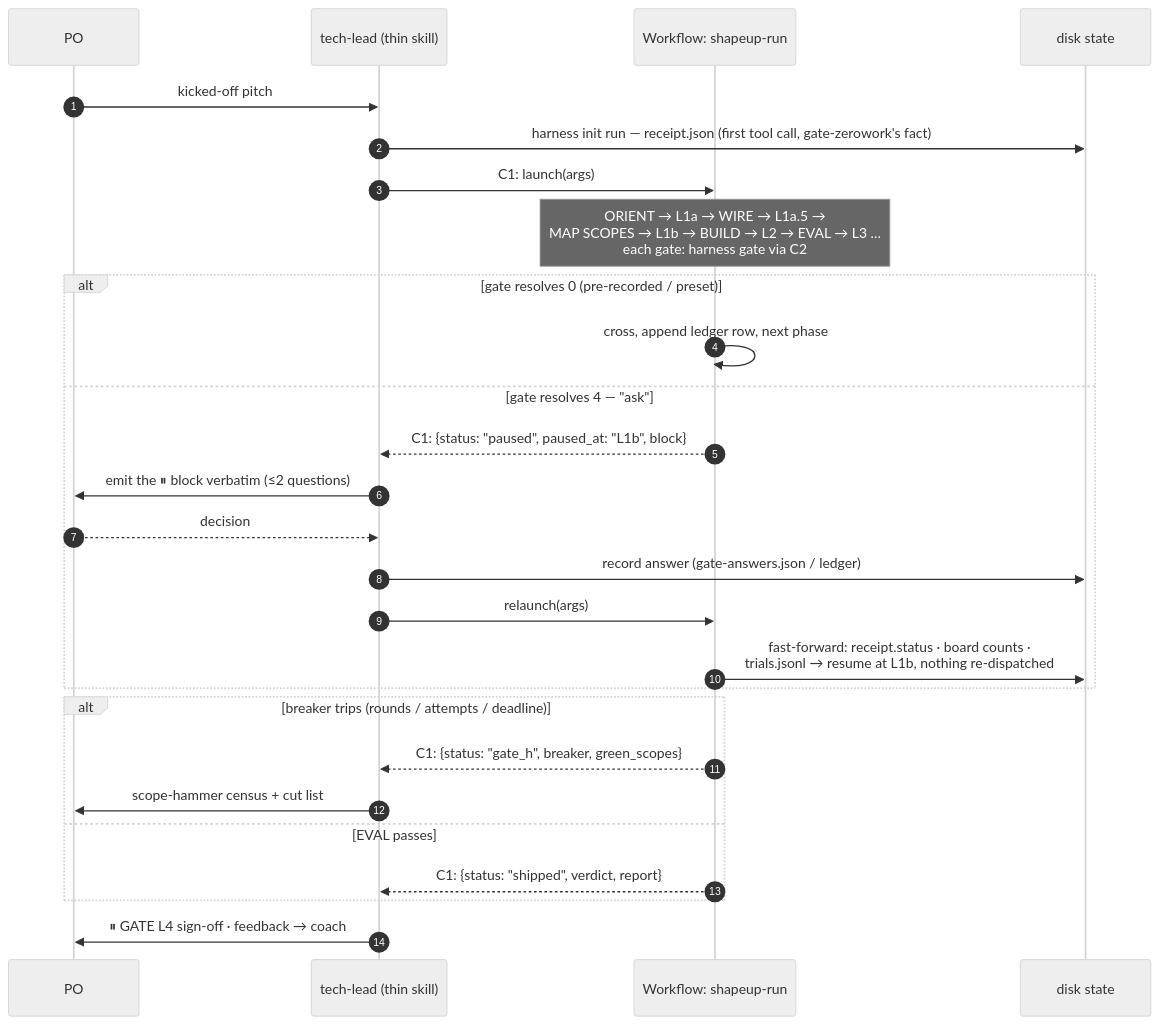
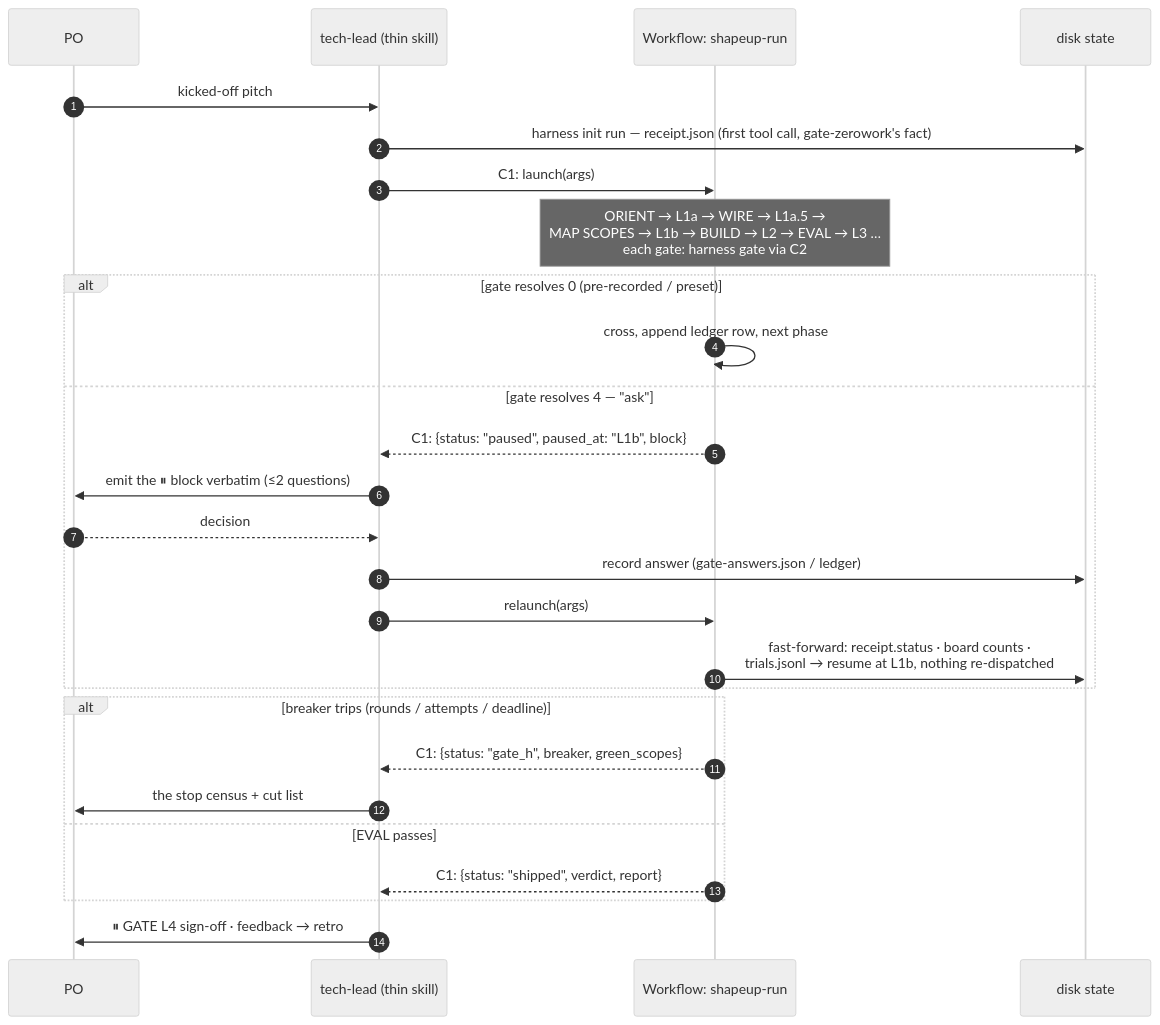
One commit to nguyenvanphituoc/shapeup-sdlc-plugin changed the third of 4 diagrams in docs/design/workflow_architecture_design.md. Above: the diagram before and after it, drawn with Mermaid (neutral theme). The commit also changed 62 other files, not shown here.

````diff
--- a/docs/design/workflow_architecture_design.md
+++ b/docs/design/workflow_architecture_design.md
@@ -209,30 +209,30 @@
 ```mermaid
 sequenceDiagram
   autonumber
   participant PO
   participant TL as tech-lead (thin skill)
   participant WF as Workflow: shapeup-run
   participant D as disk state
 
   PO->>TL: kicked-off pitch
   TL->>D: harness init run — receipt.json (first tool call, gate-zerowork's fact)
   TL->>WF: C1: launch(args)
   Note over WF: ORIENT → L1a → WIRE → L1a.5 →<br/>MAP SCOPES → L1b → BUILD → L2 → EVAL → L3 …<br/>each gate: harness gate via C2
   alt gate resolves 0 (pre-recorded / preset)
     WF->>WF: cross, append ledger row, next phase
   else gate resolves 4 — "ask"
     WF-->>TL: C1: {status: "paused", paused_at: "L1b", block}
     TL->>PO: emit the ⏸ block verbatim (≤2 questions)
     PO-->>TL: decision
     TL->>D: record answer (gate-answers.json / ledger)
     TL->>WF: relaunch(args)
     WF->>D: fast-forward: receipt.status · board counts ·<br/>trials.jsonl → resume at L1b, nothing re-dispatched
   end
   alt breaker trips (rounds / attempts / deadline)
     WF-->>TL: C1: {status: "gate_h", breaker, green_scopes}
-    TL->>PO: scope-hammer census + cut list
+    TL->>PO: the stop census + cut list
   else EVAL passes
     WF-->>TL: C1: {status: "shipped", verdict, report}
   end
-  TL->>PO: ⏸ GATE L4 sign-off · feedback → coach
+  TL->>PO: ⏸ GATE L4 sign-off · feedback → retro
 ```
````
